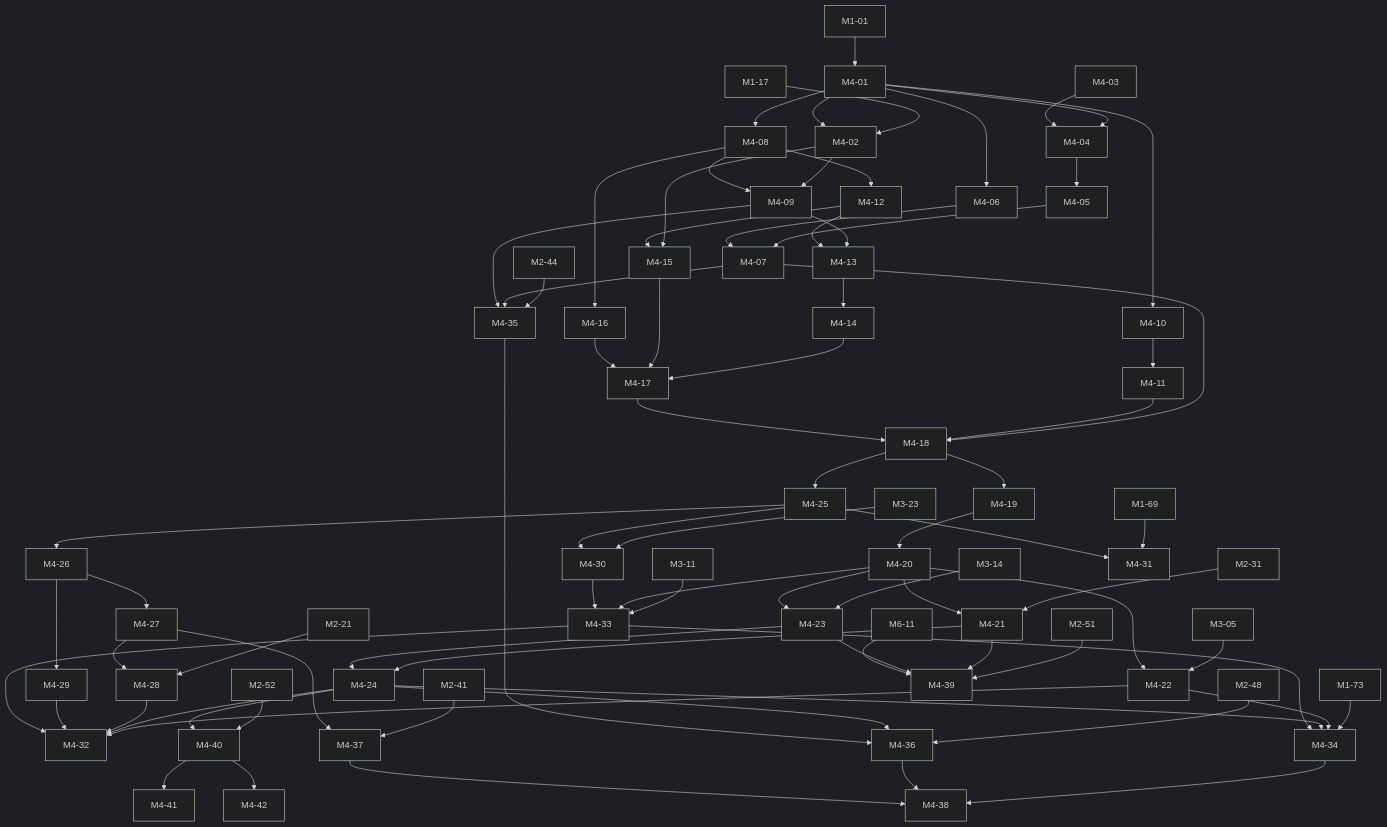
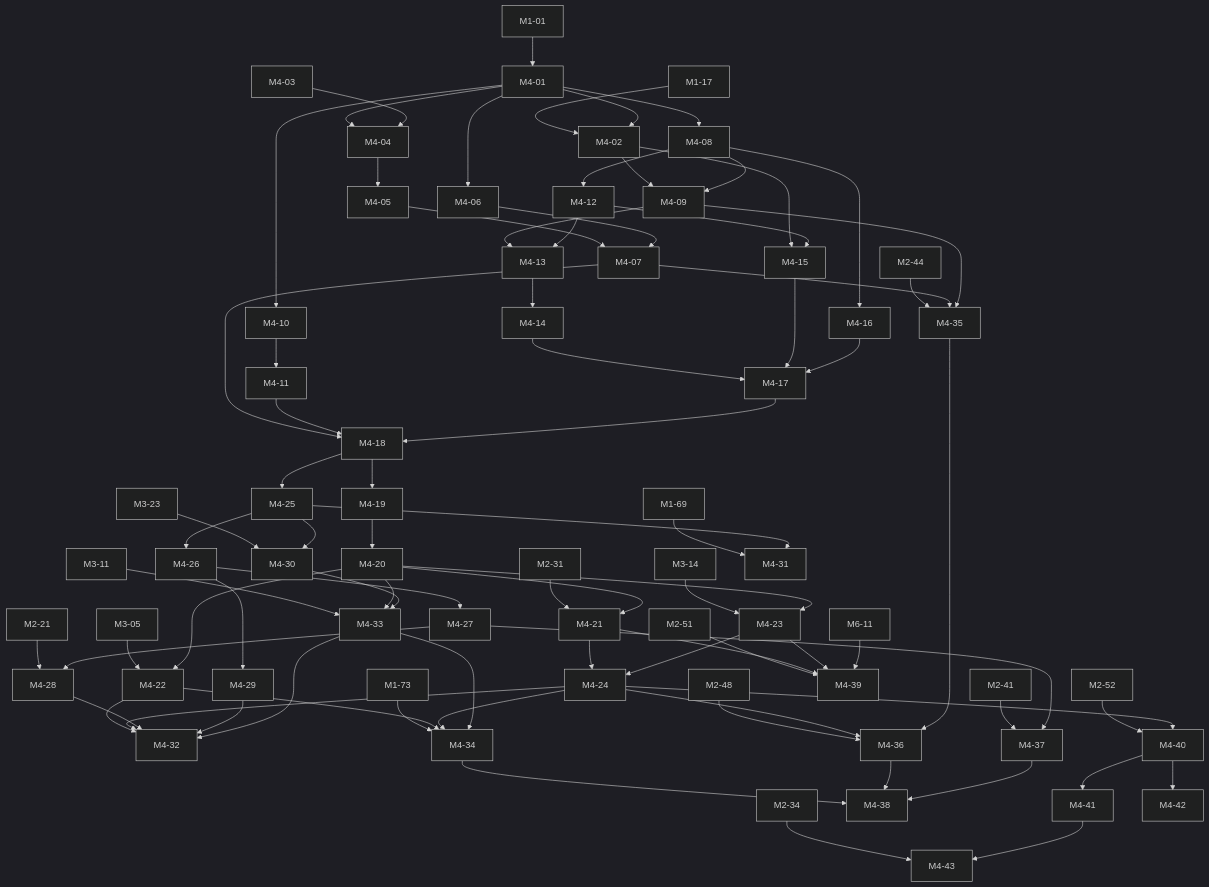
The fourth of 8 diagrams in docs/briefs/README.md (mguttmann/bothy), drawn with Mermaid (dark theme) before and after one commit. The commit also changed other lines of this file and 114 other files, not shown here.

````diff
--- a/docs/briefs/README.md
+++ b/docs/briefs/README.md
@@ -922,6 +923,7 @@
   M1_73["M1-73"]
   M2_21["M2-21"]
   M2_31["M2-31"]
+  M2_34["M2-34"]
   M2_41["M2-41"]
   M2_44["M2-44"]
   M2_48["M2-48"]
@@ -973,6 +975,7 @@
   M4_40["M4-40"]
   M4_41["M4-41"]
   M4_42["M4-42"]
+  M4_43["M4-43"]
   M6_11["M6-11"]
   M1_01 --> M4_01
   M1_17 --> M4_02
@@ -1052,4 +1055,6 @@
   M4_24 --> M4_40
   M4_40 --> M4_41
   M4_40 --> M4_42
+  M2_34 --> M4_43
+  M4_41 --> M4_43
 ```
````
